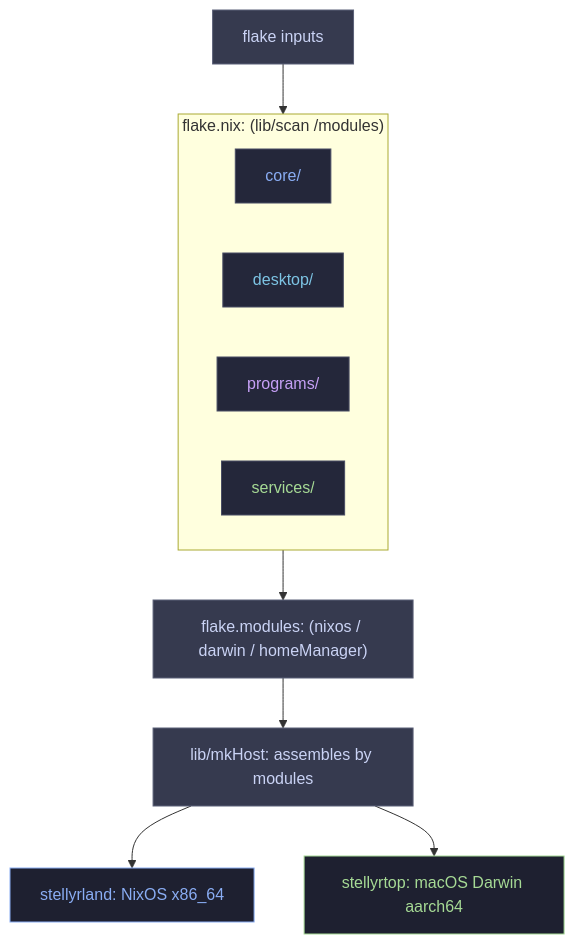
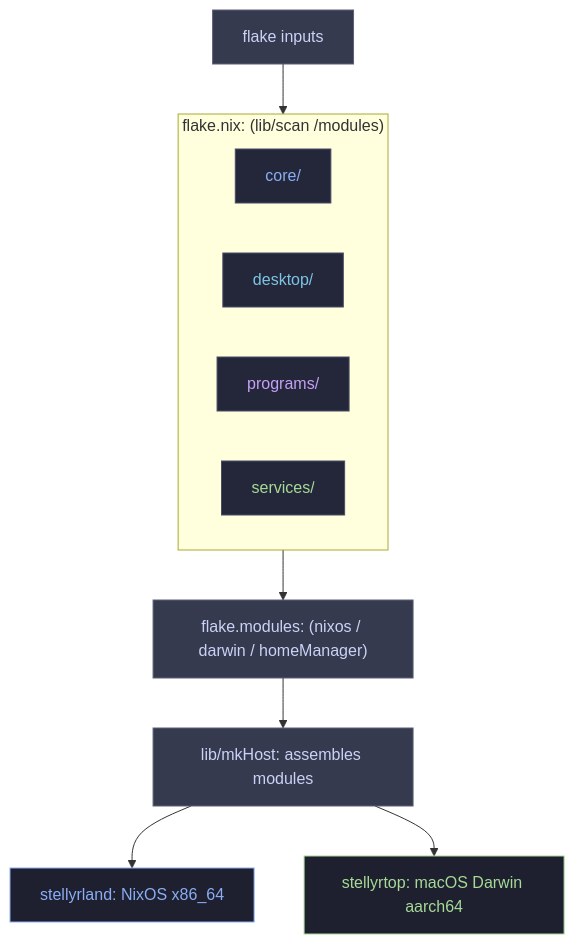
One commit to iStellanova/Stellyrland changed the diagram in README.md. Above: the diagram before and after it, drawn with Mermaid. The commit also changed other lines of this file and 4 other files, not shown here.

````diff
--- a/README.md
+++ b/README.md
@@ -58,27 +58,27 @@
 ```mermaid
 flowchart TD
     IN["flake inputs"]
 
     subgraph SCAN["flake.nix: (lib/scan /modules)"]
         CORE["core/"]
         DESK["desktop/"]
         PROG["programs/"]
         SERV["services/"]
     end
 
     IN --> SCAN
     SCAN --> NS["flake.modules: (nixos / darwin / homeManager)"]
-    NS --> MK["lib/mkHost: assembles by modules"]
+    NS --> MK["lib/mkHost: assembles modules"]
     MK --> SL["stellyrland: NixOS x86_64"]
     MK --> ST["stellyrtop: macOS Darwin aarch64"]
 
     style IN fill:#363a4f,color:#cad3f5,stroke:#5b6078
     style NS fill:#363a4f,color:#cad3f5,stroke:#5b6078
     style MK fill:#363a4f,color:#cad3f5,stroke:#5b6078
     style CORE fill:#24273a,color:#8aadf4,stroke:#494d64
     style DESK fill:#24273a,color:#7dc4e4,stroke:#494d64
     style PROG fill:#24273a,color:#c6a0f6,stroke:#494d64
     style SERV fill:#24273a,color:#a6da95,stroke:#494d64
     style SL fill:#1e2030,color:#8aadf4,stroke:#8aadf4
     style ST fill:#1e2030,color:#a6da95,stroke:#a6da95
 ```
````
